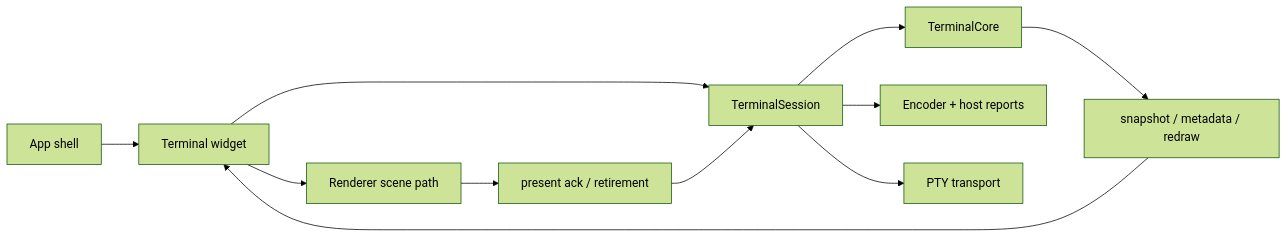
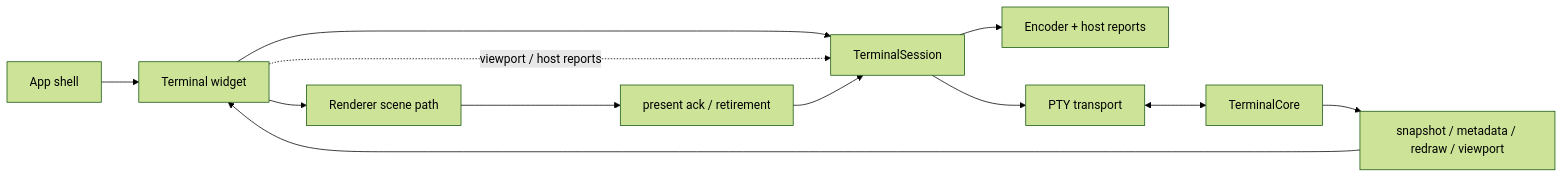
The third of 4 diagrams in app_architecture/terminal/TERMINAL_SUBSYSTEM_LAYERS.md (LaurenceGuws/Zide), drawn with Mermaid (forest theme) before and after one commit. The commit also changed other lines of this file and 3 other files, not shown here.

Commit message:
Polish terminal architecture authority docs

````diff
--- a/app_architecture/terminal/TERMINAL_SUBSYSTEM_LAYERS.md
+++ b/app_architecture/terminal/TERMINAL_SUBSYSTEM_LAYERS.md
@@ -263,13 +263,14 @@
 ```mermaid
 flowchart LR
     App["App shell"] --> Widget["Terminal widget"]
     Widget --> Session["TerminalSession"]
     Widget --> Renderer["Renderer scene path"]
-    Session --> Core["TerminalCore"]
     Session --> Input["Encoder + host reports"]
     Session --> Transport["PTY transport"]
-    Core --> Publication["snapshot / metadata / redraw"]
+    Transport <--> Core["TerminalCore"]
+    Core --> Publication["snapshot / metadata / redraw / viewport"]
     Publication --> Widget
+    Widget -. viewport / host reports .-> Session
     Renderer --> Ack["present ack / retirement"]
     Ack --> Session
 ```
````
